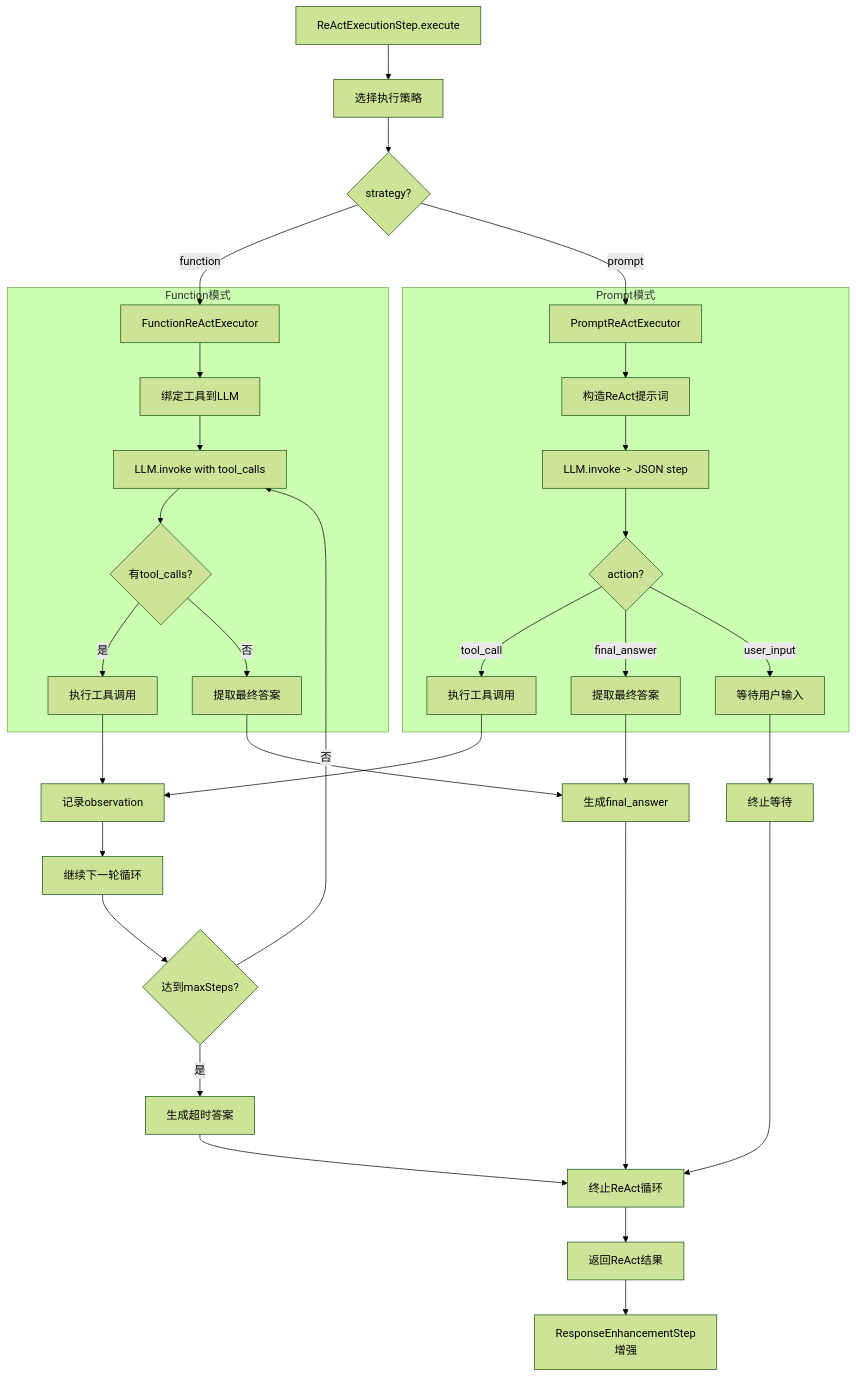
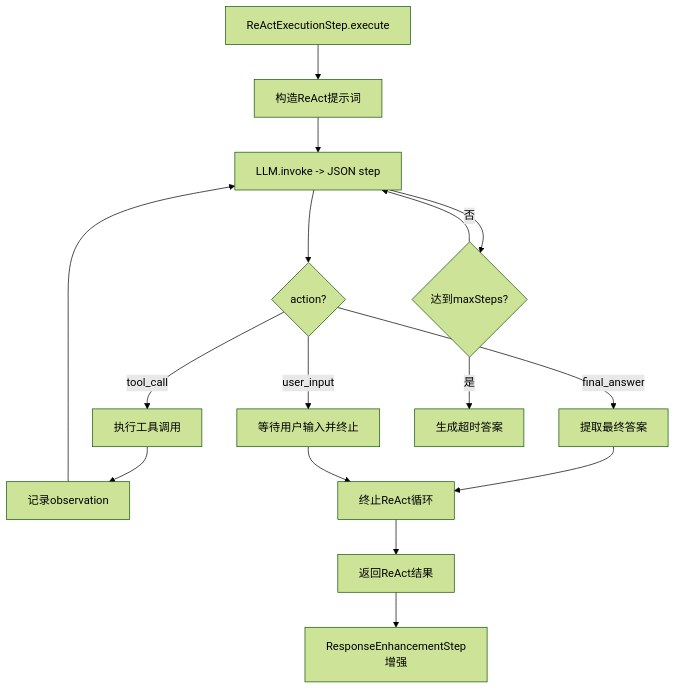
The second of 2 diagrams in docs/react-flow.md (seemrcola/bot-server), drawn with Mermaid (forest theme) before and after one commit. The commit also changed other lines of this file and 24 other files, not shown here.

````diff
--- a/docs/react-flow.md
+++ b/docs/react-flow.md
@@ -64,43 +64,21 @@
 ```mermaid
 flowchart TD
-  A["ReActExecutionStep.execute"] --> B["选择执行策略"]
-  B --> C{"strategy?"}
-  
-  C -- "function" --> D["FunctionReActExecutor"]
-  C -- "prompt" --> E["PromptReActExecutor"]
-  
-  subgraph "Function模式"
-    D --> F["绑定工具到LLM"]
-    F --> G["LLM.invoke with tool_calls"]
-    G --> H{"有tool_calls?"}
-    H -- "是" --> I["执行工具调用"]
-    H -- "否" --> J["提取最终答案"]
-  end
-  
-  subgraph "Prompt模式"
-    E --> K["构造ReAct提示词"]
-    K --> L["LLM.invoke -> JSON step"]
-    L --> M{"action?"}
-    M -- "tool_call" --> N["执行工具调用"]
-    M -- "final_answer" --> O["提取最终答案"]
-    M -- "user_input" --> P["等待用户输入"]
-  end
-  
-  I --> Q["记录observation"]
-  N --> Q
-  J --> R["生成final_answer"]
-  O --> R
-  P --> S["终止等待"]
-  
-  Q --> T["继续下一轮循环"]
-  R --> U["终止ReAct循环"]
-  S --> U
-  
-  T --> V{"达到maxSteps?"}
-  V -- "否" --> G
-  V -- "是" --> W["生成超时答案"]
-  W --> U
-  
-  U --> X["返回ReAct结果"]
-  X --> Y["ResponseEnhancementStep增强"]
+  A["ReActExecutionStep.execute"] --> B["构造ReAct提示词"]
+  B --> C["LLM.invoke -> JSON step"]
+  C --> D{"action?"}
+  D -- "tool_call" --> E["执行工具调用"]
+  D -- "final_answer" --> F["提取最终答案"]
+  D -- "user_input" --> G["等待用户输入并终止"]
+
+  E --> H["记录observation"]
+  H --> C
+  F --> I["终止ReAct循环"]
+  G --> I
+
+  C --> J{"达到maxSteps?"}
+  J -- "是" --> K["生成超时答案"]
+  J -- "否" --> C
+
+  I --> L["返回ReAct结果"]
+  L --> M["ResponseEnhancementStep增强"]
 ```
````
